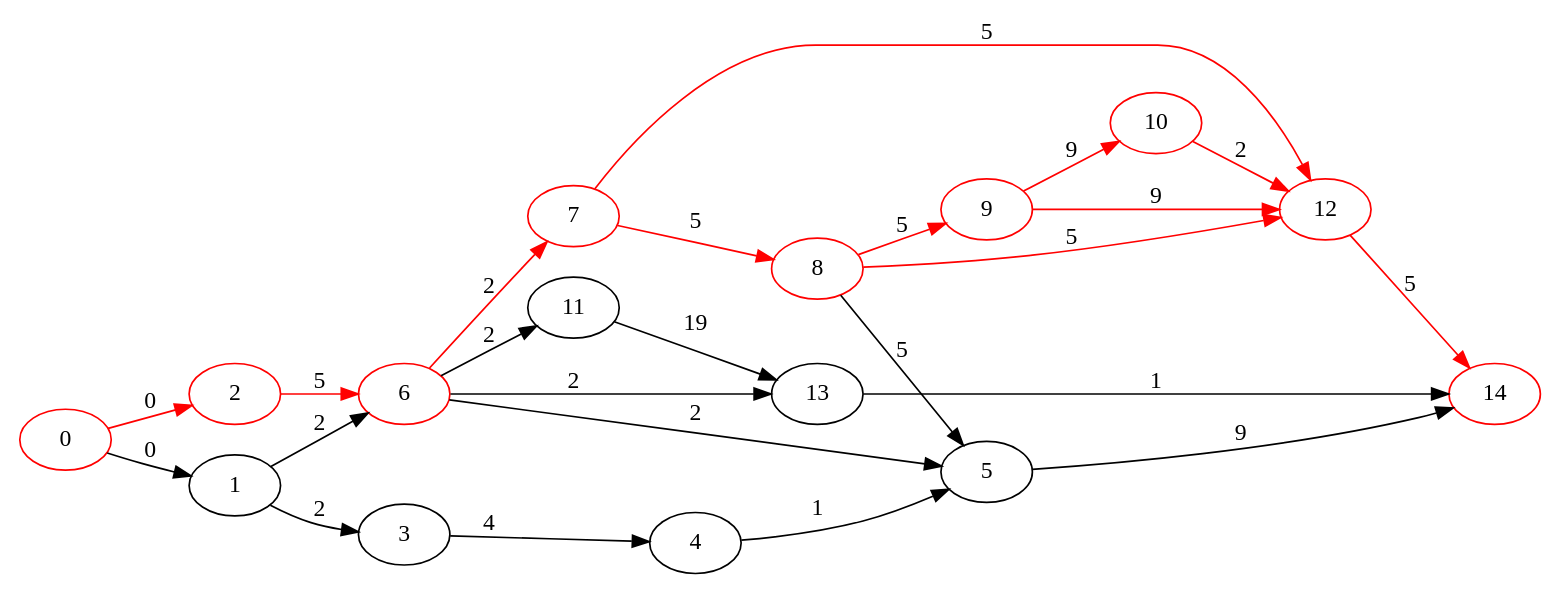
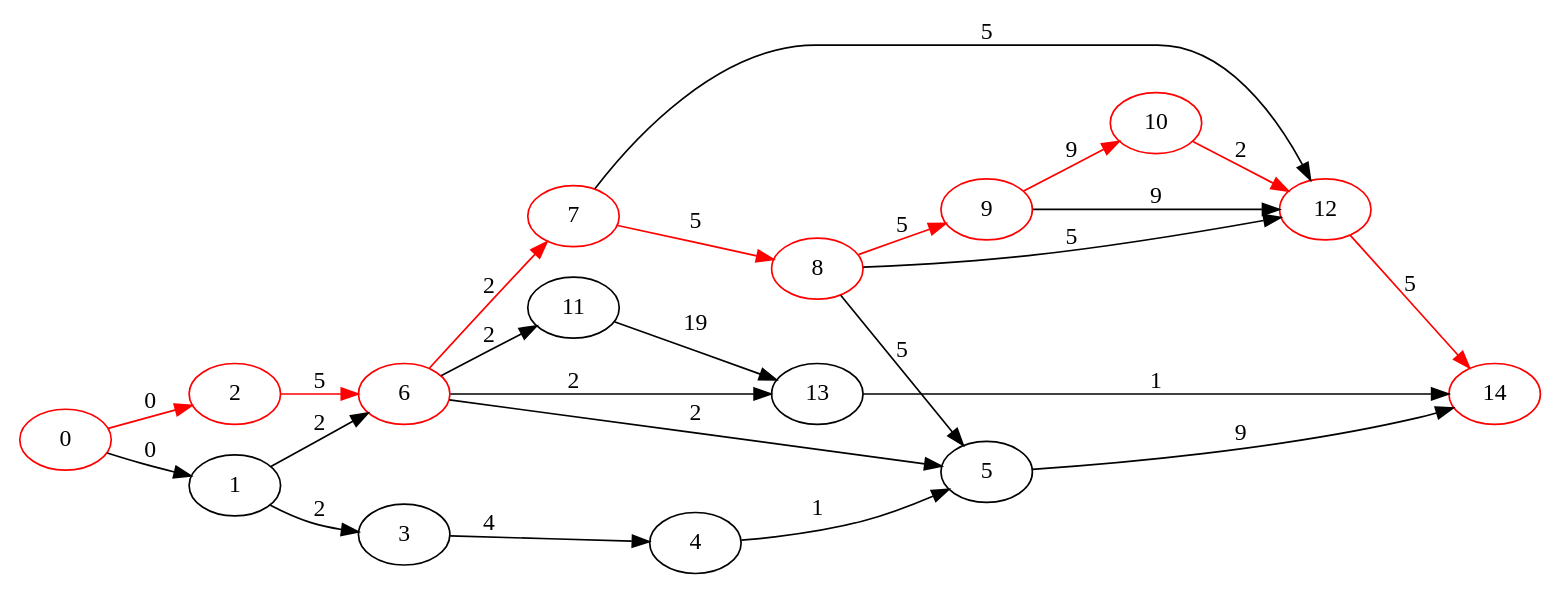
One commit to avivi55/graphs changed the diagram in out/2.gv. Above: the diagram before and after it, drawn with Graphviz. The commit also changed 25 other files, not shown here.

```diff
--- a/out/2.gv
+++ b/out/2.gv
@@ -1,34 +1,34 @@
 digraph { rankdir=LR
-    "2" [color="red"]
-    "6" [color="red"]
-    "7" [color="red"]
-    "8" [color="red"]
-    "9" [color="red"]
-    "10" [color="red"]
-    "12" [color="red"]
-    "0" [color="red"]
-    "14" [color="red"]
-    "1" -> "3" [label="2"] 
-    "1" -> "6" [label="2"] 
-    "2" -> "6" [label="5" color="red" ] 
-    "3" -> "4" [label="4"] 
-    "4" -> "5" [label="1"] 
-    "5" -> "14" [label="9"] 
-    "6" -> "5" [label="2"] 
-    "6" -> "7" [label="2" color="red" ] 
-    "6" -> "11" [label="2"] 
-    "6" -> "13" [label="2"] 
-    "7" -> "8" [label="5" color="red" ] 
-    "7" -> "12" [label="5" color="red" ] 
-    "8" -> "5" [label="5"] 
-    "8" -> "9" [label="5" color="red" ] 
-    "8" -> "12" [label="5" color="red" ] 
-    "9" -> "10" [label="9" color="red" ] 
-    "9" -> "12" [label="9" color="red" ] 
-    "10" -> "12" [label="2" color="red" ] 
-    "11" -> "13" [label="19"] 
-    "12" -> "14" [label="5" color="red" ] 
-    "13" -> "14" [label="1"] 
-    "0" -> "1" [label="0"] 
-    "0" -> "2" [label="0" color="red" ] 
+    "2" [color="red" label="2"]
+    "6" [color="red" label="6"]
+    "7" [color="red" label="7"]
+    "8" [color="red" label="8"]
+    "9" [color="red" label="9"]
+    "10" [color="red" label="10"]
+    "12" [color="red" label="12"]
+    "0" [color="red" label="0"]
+    "14" [color="red" label="14"]
+    "1" -> "3" [label="2" ]
+    "1" -> "6" [label="2" ]
+    "2" -> "6" [label="5" color="red" ]
+    "3" -> "4" [label="4" ]
+    "4" -> "5" [label="1" ]
+    "5" -> "14" [label="9" ]
+    "6" -> "5" [label="2" ]
+    "6" -> "7" [label="2" color="red" ]
+    "6" -> "11" [label="2" ]
+    "6" -> "13" [label="2" ]
+    "7" -> "8" [label="5" color="red" ]
+    "7" -> "12" [label="5" ]
+    "8" -> "5" [label="5" ]
+    "8" -> "9" [label="5" color="red" ]
+    "8" -> "12" [label="5" ]
+    "9" -> "10" [label="9" color="red" ]
+    "9" -> "12" [label="9" ]
+    "10" -> "12" [label="2" color="red" ]
+    "11" -> "13" [label="19" ]
+    "12" -> "14" [label="5" color="red" ]
+    "13" -> "14" [label="1" ]
+    "0" -> "1" [label="0" ]
+    "0" -> "2" [label="0" color="red" color="red" ]
 }
```
